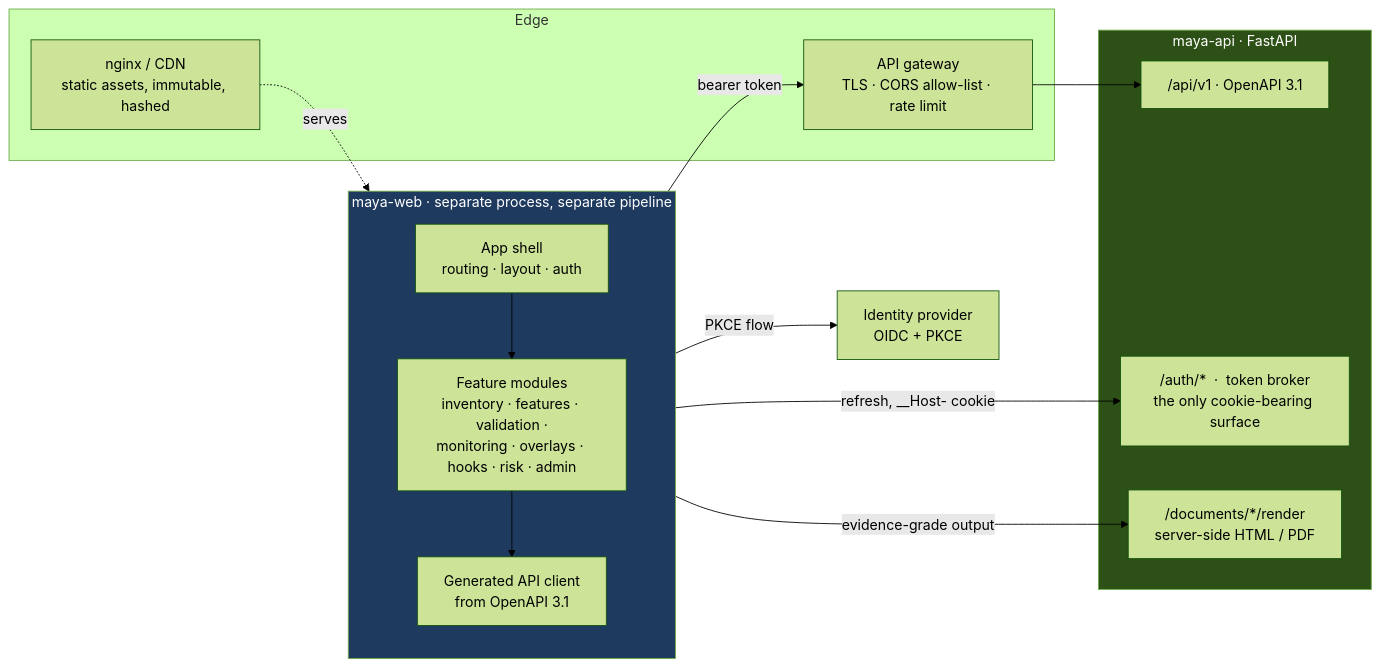
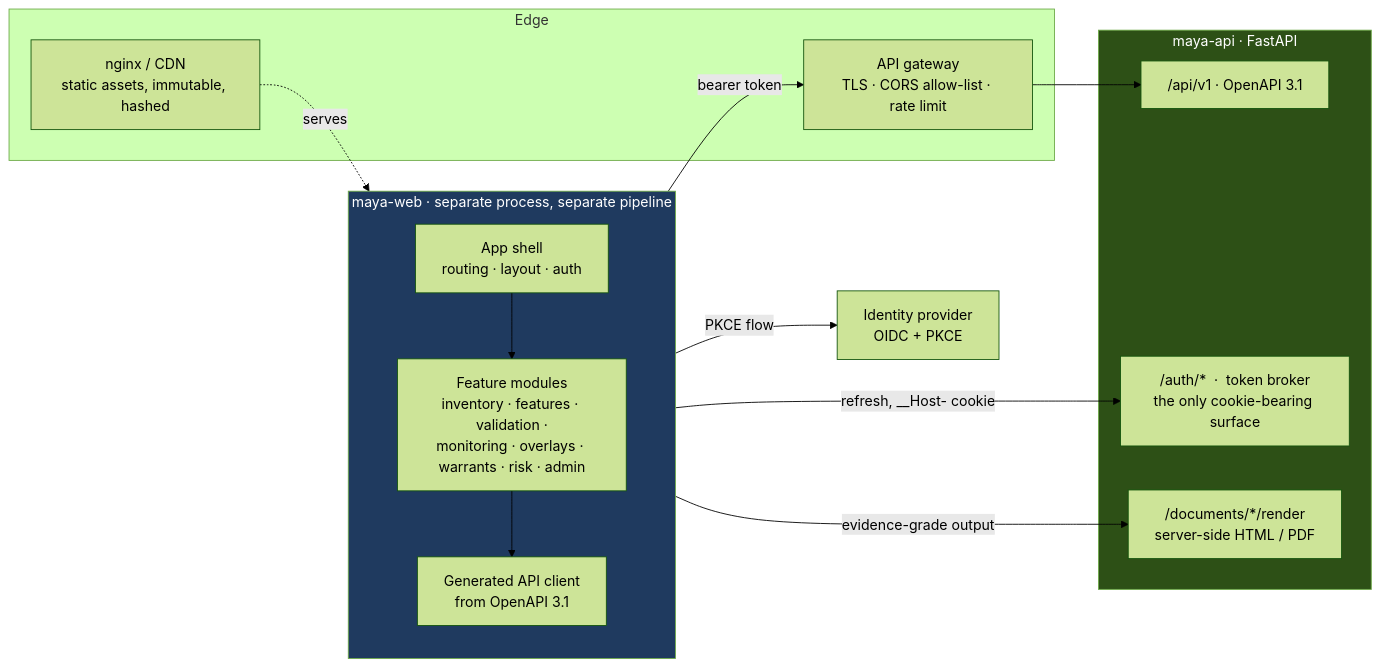
The diagram in docs/08-ui-ux.md (ajsinha/maya), drawn with Mermaid (forest theme) before and after one commit. The commit also changed other lines of this file and 50 other files, not shown here.

````diff
--- a/docs/08-ui-ux.md
+++ b/docs/08-ui-ux.md
@@ -16,29 +16,29 @@
 ```mermaid
 flowchart LR
     subgraph WEB["maya-web  ·  separate process, separate pipeline"]
         direction TB
         SHELL["App shell<br/>routing · layout · auth"]
-        MODS["Feature modules<br/>inventory · features · validation ·<br/>monitoring · overlays · hooks · risk · admin"]
+        MODS["Feature modules<br/>inventory · features · validation ·<br/>monitoring · overlays · warrants · risk · admin"]
         CLIENT["Generated API client<br/>from OpenAPI 3.1"]
         SHELL --> MODS --> CLIENT
     end
     subgraph EDGE["Edge"]
         CDN["nginx / CDN<br/>static assets, immutable, hashed"]
         GW["API gateway<br/>TLS · CORS allow-list · rate limit"]
     end
     subgraph API["maya-api  ·  FastAPI"]
         REST["/api/v1  ·  OpenAPI 3.1"]
         BROKER["/auth/*  ·  token broker<br/>the only cookie-bearing surface"]
         RENDER["/documents/*/render<br/>server-side HTML / PDF"]
     end
     IDP["Identity provider<br/>OIDC + PKCE"]
 
     CDN -.serves.-> WEB
     CLIENT -->|bearer token| GW --> REST
     SHELL -->|PKCE flow| IDP
     SHELL -->|refresh, __Host- cookie| BROKER
     MODS -->|evidence-grade output| RENDER
 
     style WEB fill:#1f3a5f,color:#fff
     style API fill:#2d5016,color:#fff
 ```
````
